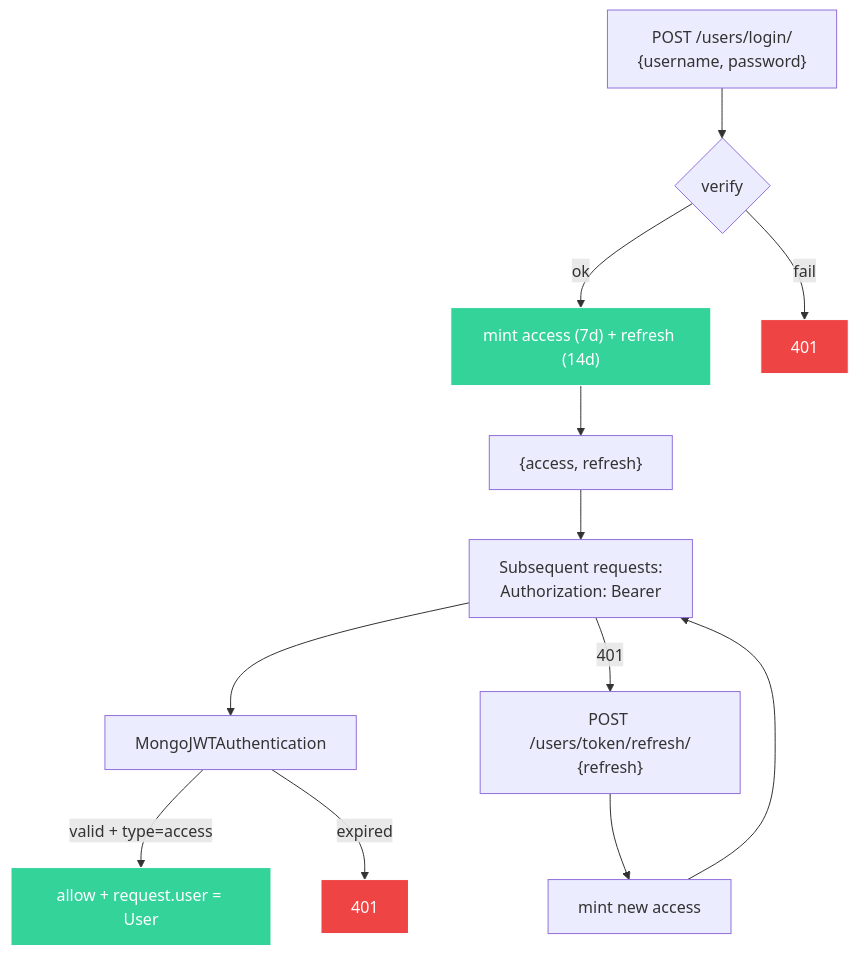
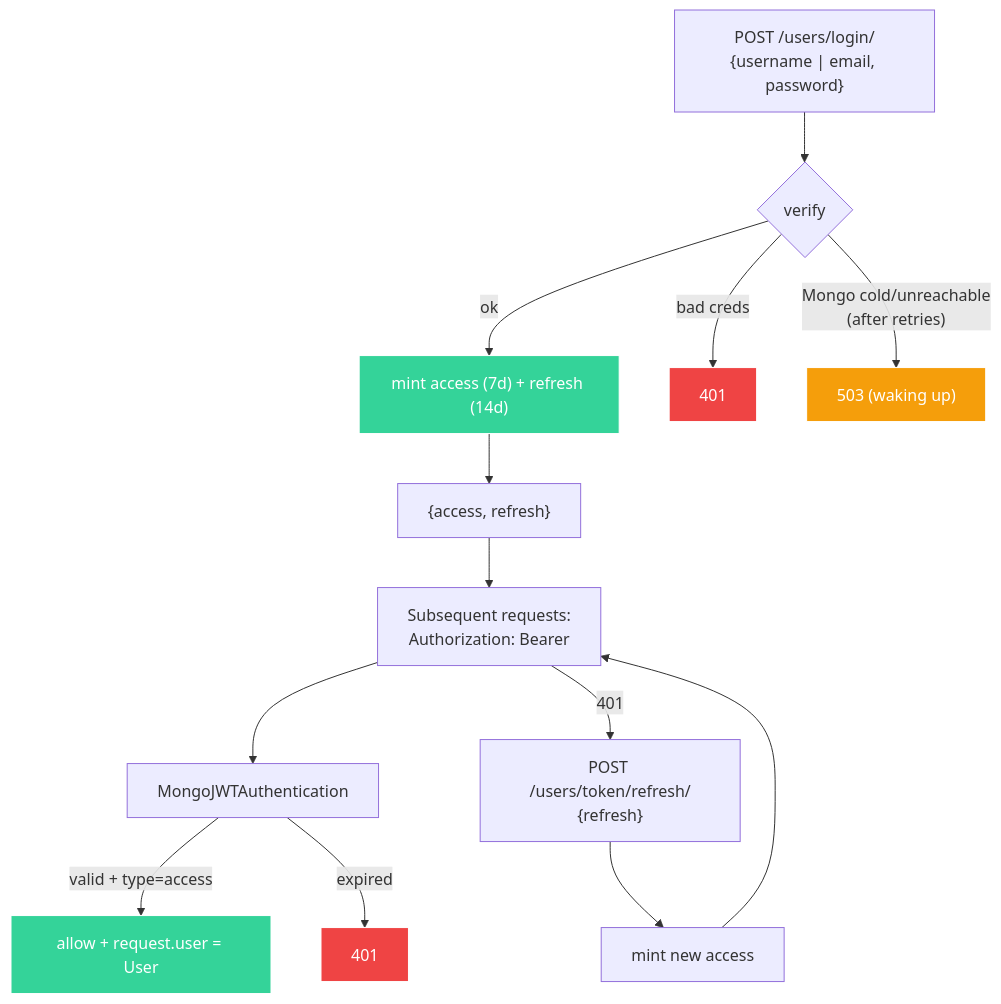
One commit to hoangsonww/Moodify-Emotion-Music-App changed the fifth of 6 diagrams in backend/README.md. Above: the diagram before and after it, drawn with Mermaid. The commit also changed other lines of this file and 5 other files, not shown here.

First line of the commit message:
docs: bring READMEs, ARCHITECTURE, and wiki up to date

````diff
--- a/backend/README.md
+++ b/backend/README.md
@@ -258,20 +258,22 @@
 ```mermaid
 flowchart TD
-    A["POST /users/login/<br/>{username, password}"] --> V{"verify"}
+    A["POST /users/login/<br/>{username | email, password}"] --> V{"verify"}
     V -- "ok" --> M["mint access (7d) + refresh (14d)"]
-    V -- "fail" --> R1["401"]
+    V -- "bad creds" --> R1["401"]
+    V -- "Mongo cold/unreachable<br/>(after retries)" --> R3["503 (waking up)"]
     M --> Tok["{access, refresh}"]
 
     Tok --> Use["Subsequent requests:<br/>Authorization: Bearer <access>"]
     Use --> D["MongoJWTAuthentication"]
     D -->|valid + type=access| OK["allow + request.user = User"]
     D -->|expired| R2["401"]
     Use -- "401" --> Ref["POST /users/token/refresh/<br/>{refresh}"]
     Ref --> M2["mint new access"]
     M2 --> Use
 
     style M fill:#34d399,stroke:#fff,color:#fff
     style OK fill:#34d399,stroke:#fff,color:#fff
     style R1 fill:#ef4444,stroke:#fff,color:#fff
     style R2 fill:#ef4444,stroke:#fff,color:#fff
+    style R3 fill:#f59e0b,stroke:#fff,color:#fff
 ```
````
